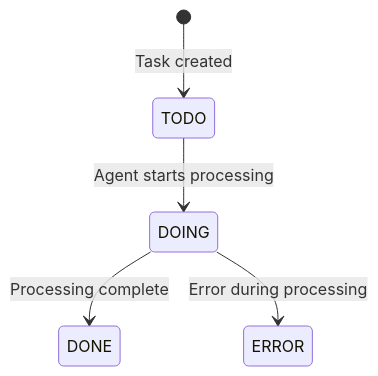
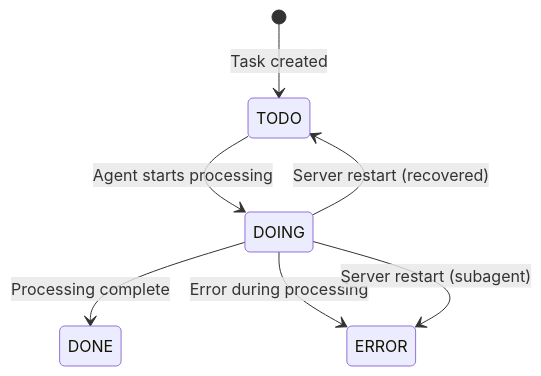
Diagram 12 of 19 in docs/flow.md (openbotx/openbotx), drawn with Mermaid before and after one commit. The commit also changed other lines of this file and 21 other files, not shown here.

````diff
--- a/docs/flow.md
+++ b/docs/flow.md
@@ -1247,7 +1262,9 @@
 ```mermaid
 stateDiagram-v2
     [*] --> TODO: Task created
     TODO --> DOING: Agent starts processing
     DOING --> DONE: Processing complete
     DOING --> ERROR: Error during processing
+    DOING --> TODO: Server restart (recovered)
+    DOING --> ERROR: Server restart (subagent)
 ```
````
